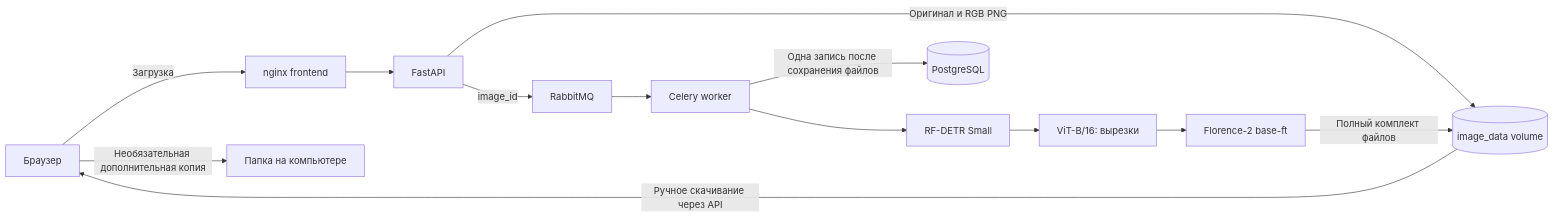
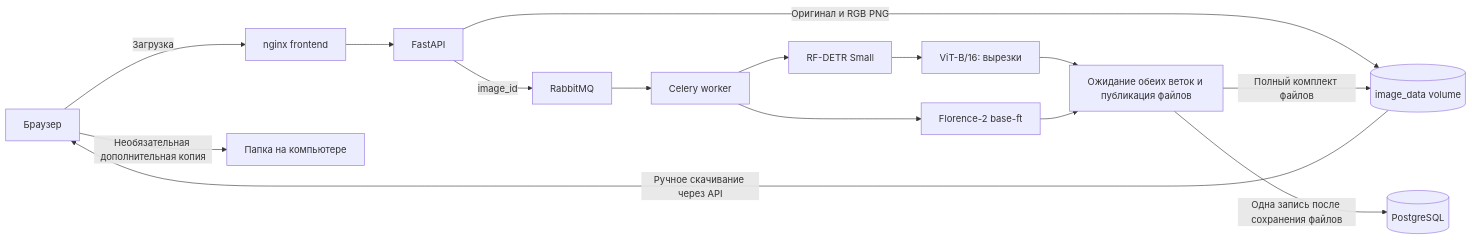
The diagram in PROJECT_PLAN.md (mishanikin055/kurs4), drawn with Mermaid before and after one commit. The commit also changed other lines of this file and 14 other files, not shown here.

````diff
--- a/PROJECT_PLAN.md
+++ b/PROJECT_PLAN.md
@@ -8,15 +8,17 @@
 ```mermaid
 flowchart LR
     U[Браузер] -->|Загрузка| F[nginx frontend]
     F --> API[FastAPI]
     API -->|Оригинал и RGB PNG| V[(image_data volume)]
     API -->|image_id| Q[RabbitMQ]
     Q --> W[Celery worker]
     W --> D[RF-DETR Small]
     D --> C[ViT-B/16: вырезки]
-    C --> A[Florence-2 base-ft]
-    A -->|Полный комплект файлов| V
-    W -->|Одна запись после сохранения файлов| DB[(PostgreSQL)]
+    W --> A[Florence-2 base-ft]
+    C --> R[Ожидание обеих веток и публикация файлов]
+    A --> R
+    R -->|Полный комплект файлов| V
+    R -->|Одна запись после сохранения файлов| DB[(PostgreSQL)]
     V -->|Ручное скачивание через API| U
     U -->|Необязательная дополнительная копия| L[Папка на компьютере]
 ```
````
